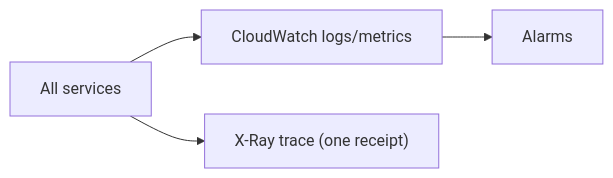
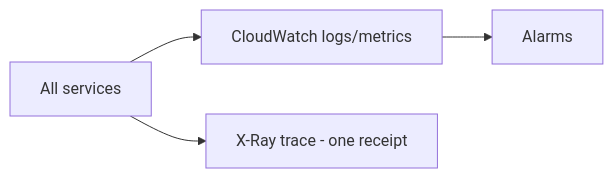
One commit to Nikorshun/autoexpense changed diagram 22 of 23 in docs/AWS-SERVICES.md. Above: the diagram before and after it, drawn with Mermaid. The commit also changed other lines of this file and 3 other files, not shown here.

First line of the commit message:
Make all docs Mermaid diagrams GitHub-safe

````diff
--- a/docs/AWS-SERVICES.md
+++ b/docs/AWS-SERVICES.md
@@ -456,6 +456,6 @@
 ```mermaid
 flowchart LR
     Pipe["All services"] --> CW["CloudWatch logs/metrics"]
     CW --> AL["Alarms"]
-    Pipe --> XR["X-Ray trace (one receipt)"]
+    Pipe --> XR["X-Ray trace - one receipt"]
 ```
````
